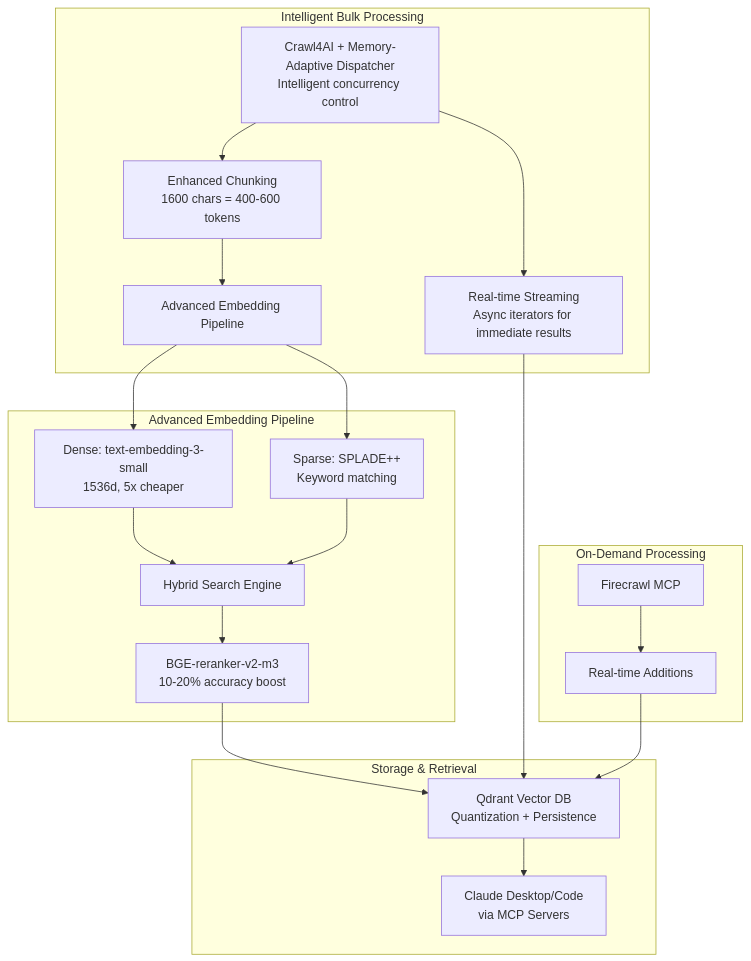
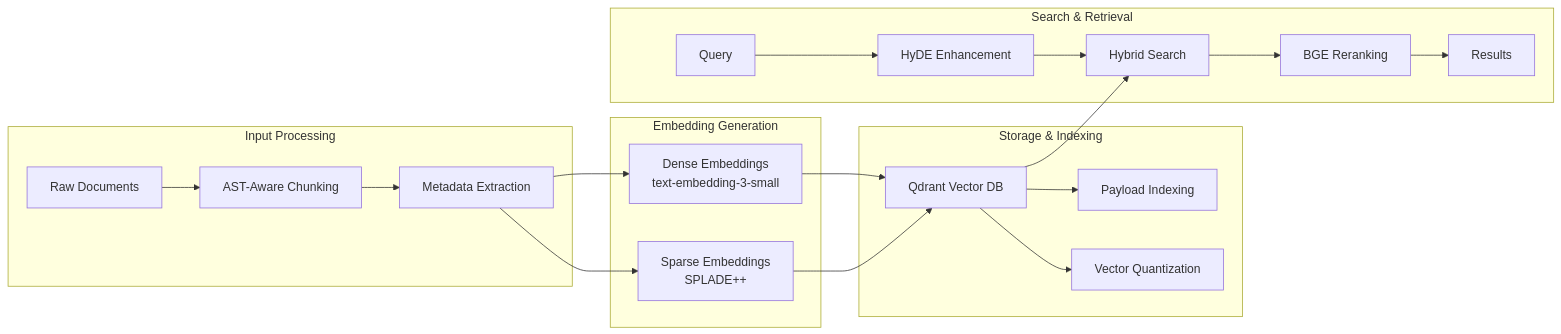
The second of 2 diagrams in README.md (BjornMelin/ai-docs-vector-db-hybrid-scraper), drawn with Mermaid before and after one commit. The commit also changed other lines of this file and 125 other files, not shown here.

````diff
--- a/README.md
+++ b/README.md
@@ -161,27 +105,28 @@
 ```mermaid
-flowchart TB
-    subgraph "Intelligent Bulk Processing"
-        A[Crawl4AI + Memory-Adaptive Dispatcher<br/>Intelligent concurrency control] --> B[Enhanced Chunking<br/>1600 chars = 400-600 tokens]
-        A --> A1[Real-time Streaming<br/>Async iterators for immediate results]
-        B --> C[Advanced Embedding Pipeline]
+flowchart LR
+    subgraph "Input Processing"
+        A[Raw Documents] --> B[AST-Aware Chunking]
+        B --> C[Metadata Extraction]
     end
-
-    subgraph "Advanced Embedding Pipeline"
-        C --> D[Dense: text-embedding-3-small<br/>1536d, 5x cheaper]
-        C --> E[Sparse: SPLADE++<br/>Keyword matching]
-        D --> F[Hybrid Search Engine]
+    
+    subgraph "Embedding Generation"
+        C --> D[Dense Embeddings<br/>text-embedding-3-small]
+        C --> E[Sparse Embeddings<br/>SPLADE++]
+    end
+    
+    subgraph "Storage & Indexing"
+        D --> F[Qdrant Vector DB]
         E --> F
-        F --> G[BGE-reranker-v2-m3<br/>10-20% accuracy boost]
+        F --> G[Payload Indexing]
+        F --> H[Vector Quantization]
     end
-
-    subgraph "Storage & Retrieval"
-        G --> H[Qdrant Vector DB<br/>Quantization + Persistence]
-        A1 --> H
-        H --> I[Claude Desktop/Code<br/>via MCP Servers]
+    
+    subgraph "Search & Retrieval"
+        I[Query] --> J[HyDE Enhancement]
+        J --> K[Hybrid Search]
+        K --> L[BGE Reranking]
+        L --> M[Results]
     end
-
-    subgraph "On-Demand Processing"
-        J[Firecrawl MCP] --> K[Real-time Additions]
-        K --> H
-    end
+    
+    F --> K
 ```
````
